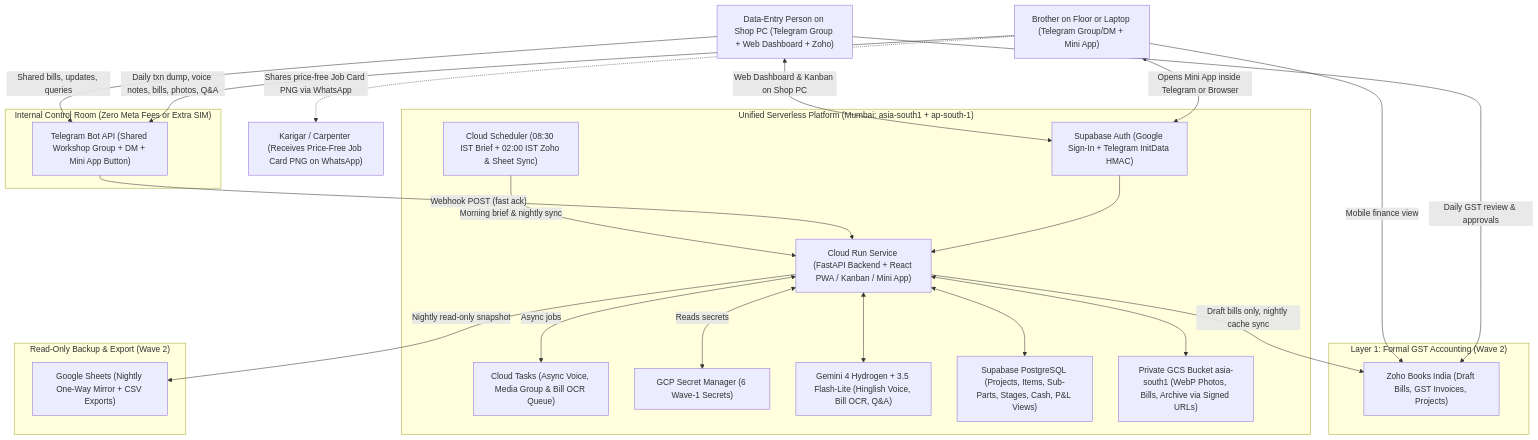
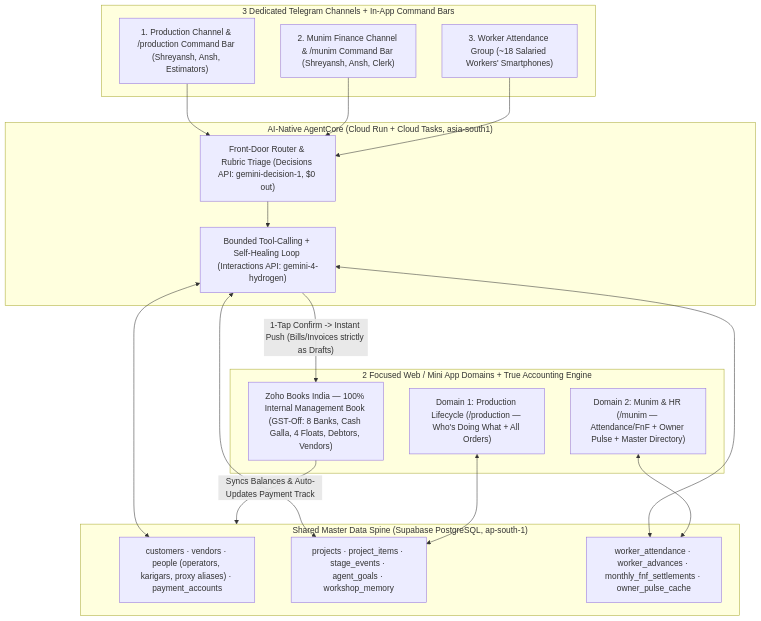
One commit to rrishabhjn/workshop-munim-os changed the diagram in docs/BLUEPRINT.md. Above: the diagram before and after it, drawn with Mermaid. The commit also changed other lines of this file and 29 other files, not shown here.

Commit message:
feat: unified multi-domain Production + Munim OS, hardened AgentCore, and October master seed

````diff
--- a/docs/BLUEPRINT.md
+++ b/docs/BLUEPRINT.md
@@ -13,47 +11,37 @@
 ```mermaid
 flowchart TD
-    Brother["Brother on Floor or Laptop (Telegram Group/DM + Mini App)"]
-    Staff["Data-Entry Person on Shop PC (Telegram Group + Web Dashboard + Zoho)"]
-    Karigar["Karigar / Carpenter (Receives Price-Free Job Card PNG on WhatsApp)"]
-
-    subgraph Capture["Internal Control Room (Zero Meta Fees or Extra SIM)"]
-        TG["Telegram Bot API (Shared Workshop Group + DM + Mini App Button)"]
+    subgraph Channels["3 Dedicated Telegram Channels + In-App Command Bars"]
+        TG_PROD["1. Production Channel & /production Command Bar (Shreyansh, Ansh, Estimators)"]
+        TG_FIN["2. Munim Finance Channel & /munim Command Bar (Shreyansh, Ansh, Clerk)"]
+        TG_ATT["3. Worker Attendance Group (~18 Salaried Workers' Smartphones)"]
     end
 
-    subgraph AppLayer["Unified Serverless Platform (Mumbai: asia-south1 + ap-south-1)"]
-        CR["Cloud Run Service (FastAPI Backend + React PWA / Kanban / Mini App)"]
-        CT["Cloud Tasks (Async Voice, Media Group & Bill OCR Queue)"]
-        CS["Cloud Scheduler (08:30 IST Brief + 02:00 IST Zoho & Sheet Sync)"]
-        SM["GCP Secret Manager (6 Wave-1 Secrets)"]
-        GEM["Gemini 4 Hydrogen + 3.5 Flash-Lite (Hinglish Voice, Bill OCR, Q&A)"]
-        SB_DB["Supabase PostgreSQL (Projects, Items, Sub-Parts, Stages, Cash, P&L Views)"]
-        SB_AUTH["Supabase Auth (Google Sign-In + Telegram InitData HMAC)"]
-        GCS_ST["Private GCS Bucket asia-south1 (WebP Photos, Bills, Archive via Signed URLs)"]
+    subgraph AI["AI-Native AgentCore (Cloud Run + Cloud Tasks, asia-south1)"]
+        DEC["Front-Door Router & Rubric Triage (Decisions API: gemini-decision-1, $0 out)"]
+        HYDRO["Bounded Tool-Calling + Self-Healing Loop (Interactions API: gemini-4-hydrogen)"]
     end
 
-    subgraph Formal["Layer 1: Formal GST Accounting (Wave 2)"]
-        ZB["Zoho Books India (Draft Bills, GST Invoices, Projects)"]
+    subgraph Spine["Shared Master Data Spine (Supabase PostgreSQL, ap-south-1)"]
+        MD["customers · vendors · people (operators, karigars, proxy aliases) · payment_accounts"]
+        OPS_DB["projects · project_items · stage_events · agent_goals · workshop_memory"]
+        HR_DB["worker_attendance · worker_advances · monthly_fnf_settlements · owner_pulse_cache"]
     end
 
-    subgraph Backup["Read-Only Backup & Export (Wave 2)"]
-        GS["Google Sheets (Nightly One-Way Mirror + CSV Exports)"]
+    subgraph Domains["2 Focused Web / Mini App Domains + True Accounting Engine"]
+        APP_PROD["Domain 1: Production Lifecycle (/production — Who's Doing What + All Orders)"]
+        APP_MUNIM["Domain 2: Munim & HR (/munim — Attendance/FnF + Owner Pulse + Master Directory)"]
+        ZOHO["Zoho Books India — 100% Internal Management Book (GST-Off: 8 Banks, Cash Galla, 4 Floats, Debtors, Vendors)"]
     end
 
-    Brother -->|"Daily txn dump, voice notes, bills, photos, Q&A"| TG
-    Staff -->|"Shared bills, updates, queries"| TG
-    Brother <-->|"Opens Mini App inside Telegram or Browser"| SB_AUTH
-    Staff <-->|"Web Dashboard & Kanban on Shop PC"| SB_AUTH
-    SB_AUTH --> CR
-    Brother -.->|"Shares price-free Job Card PNG via WhatsApp"| Karigar
-    TG -->|"Webhook POST (fast ack)"| CR
-    CR <-->|"Async jobs"| CT
-    CR <-->|"Reads secrets"| SM
-    CS -->|"Morning brief & nightly sync"| CR
-    CR <--> GEM
-    CR <--> SB_DB
-    CR <--> GCS_ST
-    CR -->|"Draft bills only, nightly cache sync"| ZB
-    CR -->|"Nightly read-only snapshot"| GS
-    Staff -->|"Daily GST review & approvals"| ZB
-    Brother -->|"Mobile finance view"| ZB
+    TG_PROD --> DEC
+    TG_FIN --> DEC
+    TG_ATT --> DEC
+    DEC --> HYDRO
+    HYDRO <--> MD
+    HYDRO <--> OPS_DB
+    HYDRO <--> HR_DB
+    HYDRO -->|"1-Tap Confirm -> Instant Push (Bills/Invoices strictly as Drafts)"| ZOHO
+    ZOHO -->|"Syncs Balances & Auto-Updates Payment Track"| Spine
+    APP_PROD <--> OPS_DB
+    APP_MUNIM <--> HR_DB
 ```
````
